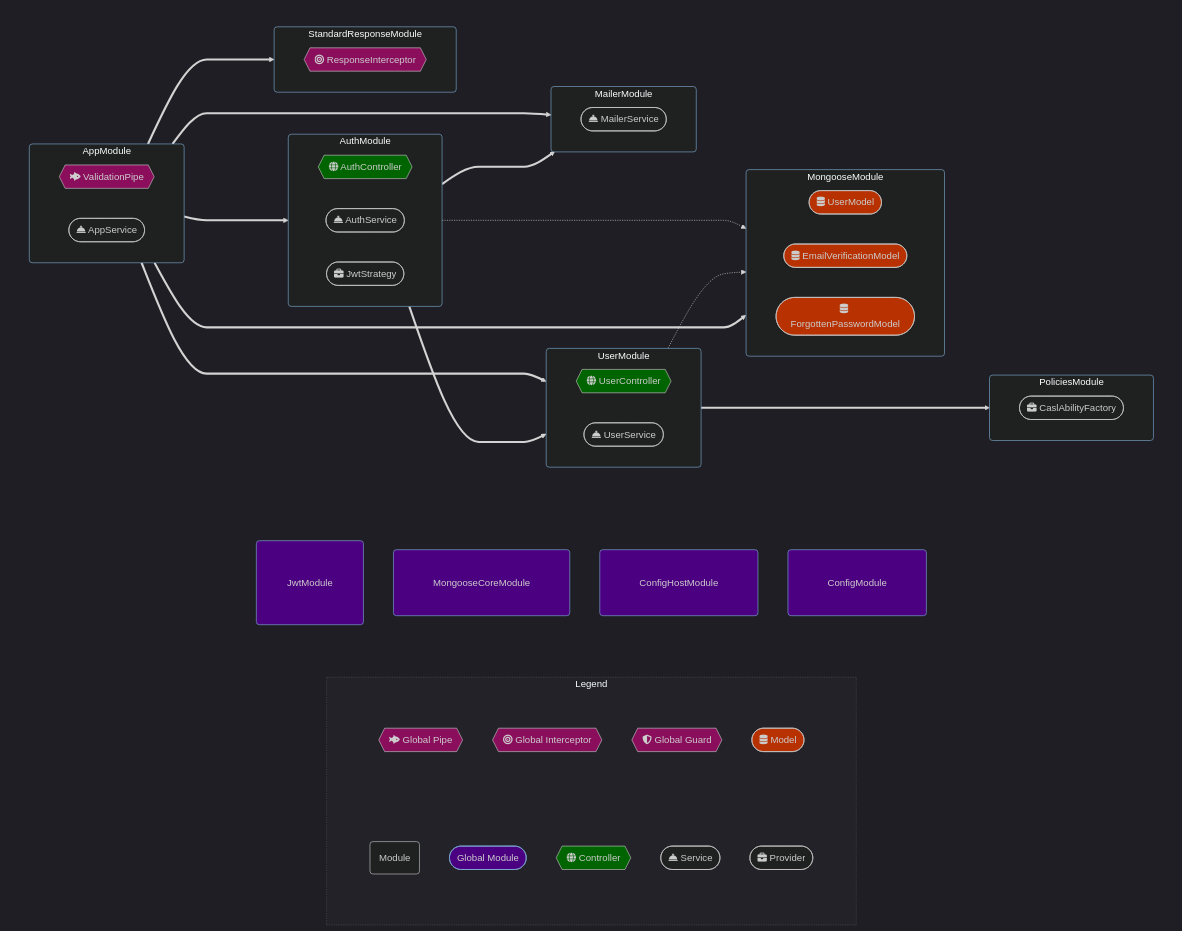
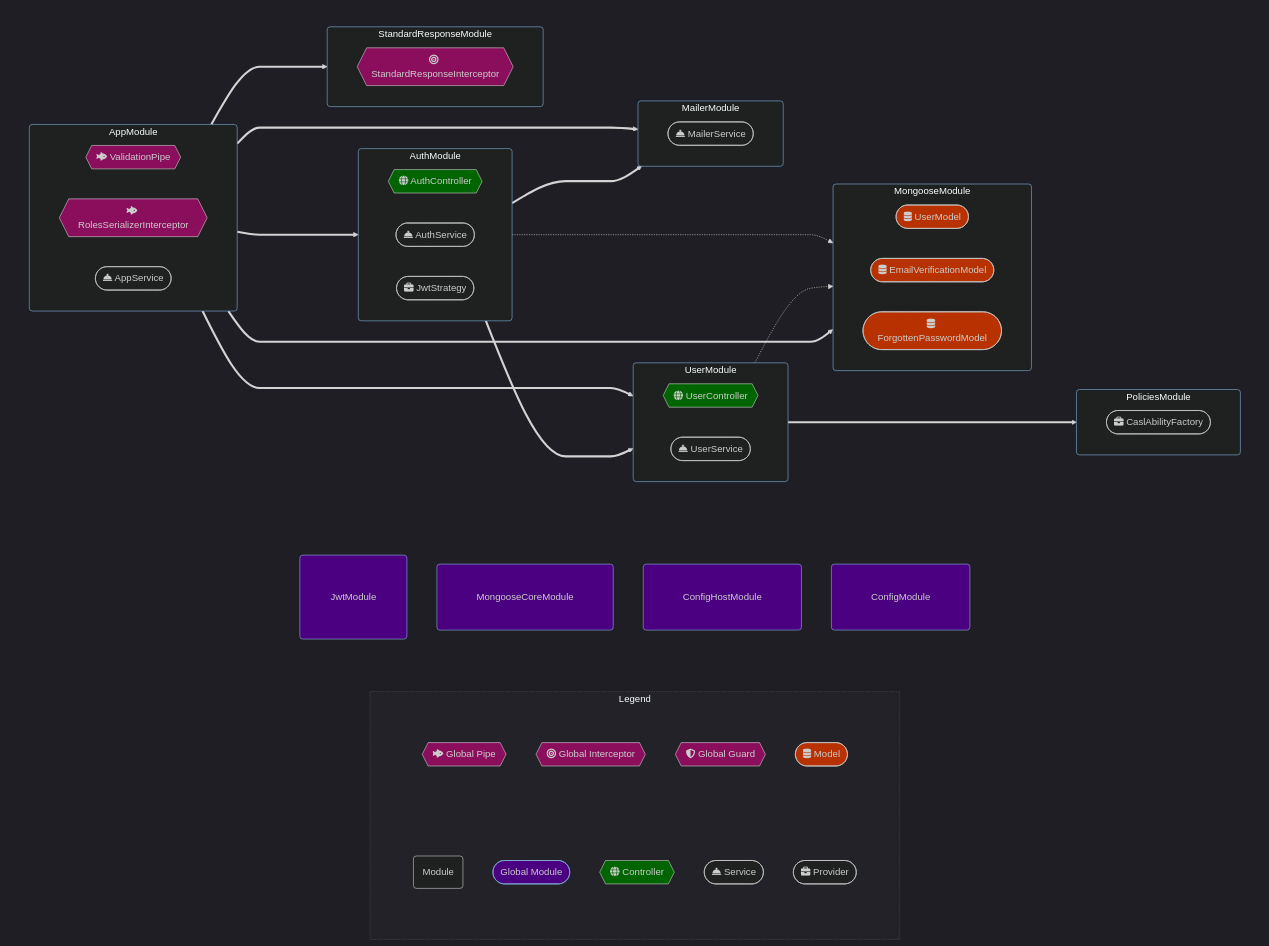
One commit to simioni/nest-pret changed the diagram in README.md. Above: the diagram before and after it, drawn with Mermaid. The commit also changed other lines of this file, not shown here.

```diff
--- a/README.md
+++ b/README.md
@@ -253,6 +253,7 @@
 		subgraph AppModule
 			direction LR
 			Pipe{{fa:fa-fish-fins ValidationPipe}}:::pipe
+			Serializer{{fa:fa-fish-fins RolesSerializerInterceptor}}:::interceptor
 			AppService([fa:fa-bell-concierge AppService]):::service
 		end
 		subgraph ConfigModule[ ]
@@ -275,7 +276,7 @@
 		end
 		subgraph StandardResponseModule
 			direction LR
-			Interceptor{{fa:fa-bullseye ResponseInterceptor}}:::interceptor
+			Interceptor{{fa:fa-bullseye StandardResponseInterceptor}}:::interceptor
 		end
 		subgraph AuthModule
 			direction LR
```
